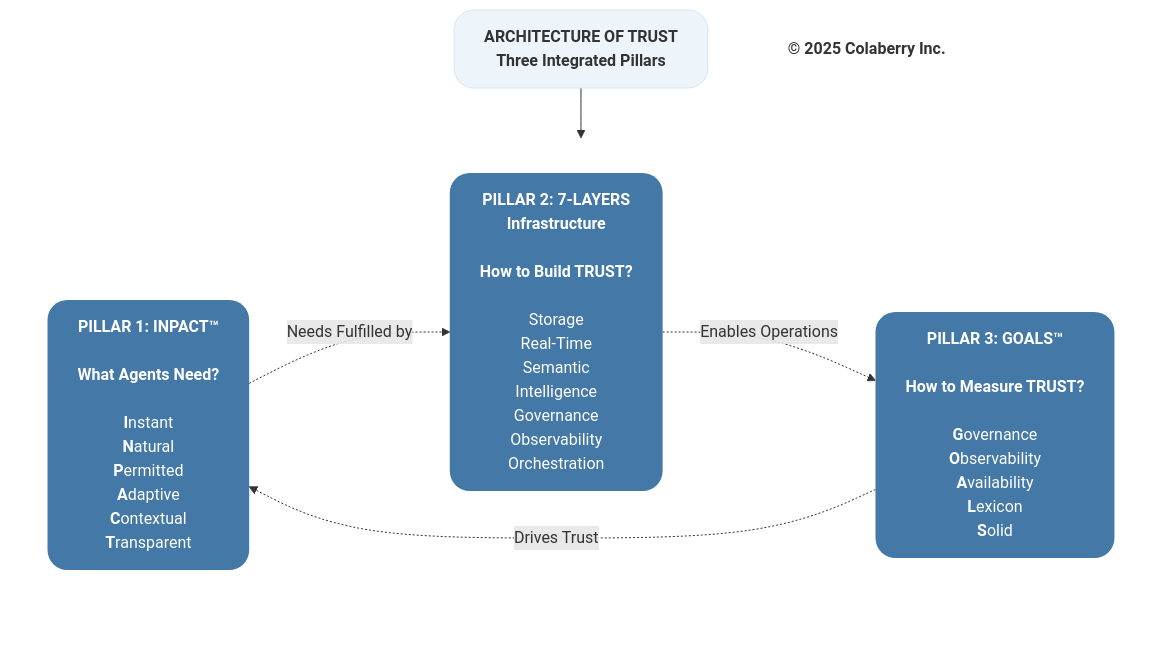
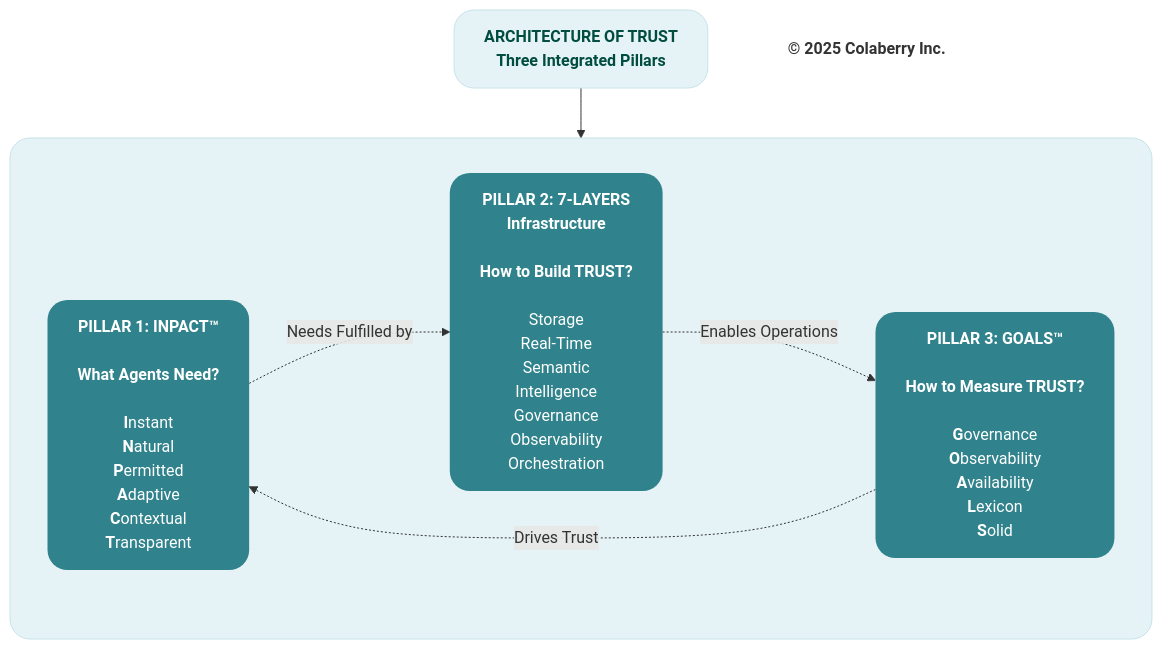
The diagram in mermaid-source/01_chapter_0_trust_before_intelligence-diagram-04.mmd (saitejesh-cyber/trust-before-intelligence-book), drawn with Mermaid before and after one commit. The commit also changed 6 other files, not shown here.

Commit message:
Fix Ram feedback on core Chapter 0-2 palette diagrams

```diff
--- a/mermaid-source/01_chapter_0_trust_before_intelligence-diagram-04.mmd
+++ b/mermaid-source/01_chapter_0_trust_before_intelligence-diagram-04.mmd
@@ -1,27 +1,27 @@
 
 graph TB
     Title["<b>ARCHITECTURE OF TRUST</b><br/><b>Three Integrated Pillars</b>"]
     
     subgraph PILLARS[" "]
         direction LR
         INPACT["<b>PILLAR 1: INPACT™</b><br/><br/><b>What Agents Need?</b><br/><br/><b>I</b>nstant<br/><b>N</b>atural<br/><b>P</b>ermitted<br/><b>A</b>daptive<br/><b>C</b>ontextual<br/><b>T</b>ransparent"]
         
         Layers["<b>PILLAR 2: 7-LAYERS</b><br/><b>Infrastructure</b><br/><br/><b>How to Build TRUST?</b><br/><br/>Storage<br/>Real-Time<br/>Semantic<br/>Intelligence<br/>Governance<br/>Observability<br/>Orchestration"]
         
         GOALS["<b>PILLAR 3: GOALS™</b><br/><br/><b>How to Measure TRUST?</b><br/><br/><b>G</b>overnance<br/><b>O</b>bservability<br/><b>A</b>vailability<br/><b>L</b>exicon<br/><b>S</b>olid"]
     end
     
     Copyright["<b>© 2025 Colaberry Inc.</b>"]
     
     Title --> PILLARS
     
     INPACT -.->|"Needs Fulfilled by"| Layers
     Layers -.->|"Enables Operations"| GOALS
     GOALS -.->|"Drives Trust"| INPACT
     
-    style Title fill:#edf4fa,stroke:#d6e4f2,stroke-width:1px,color:#333333,rx:20,ry:20
-    style PILLARS fill:none,stroke:none
-        style INPACT fill:#4478A6,stroke:none,color:#ffffff,rx:20,ry:20
-        style Layers fill:#4478A6,stroke:none,color:#ffffff,rx:20,ry:20
-        style GOALS fill:#4478A6,stroke:none,color:#ffffff,rx:20,ry:20
+    style Title fill:#e6f3f6,stroke:#c7e3ea,stroke-width:1px,color:#004d40,rx:20,ry:20
+    style PILLARS fill:#e6f3f6,stroke:#c7e3ea,stroke-width:1px,color:#004d40,rx:20,ry:20
+        style INPACT fill:#30838C,stroke:none,color:#ffffff,rx:20,ry:20
+        style Layers fill:#30838C,stroke:none,color:#ffffff,rx:20,ry:20
+        style GOALS fill:#30838C,stroke:none,color:#ffffff,rx:20,ry:20
     style Copyright fill:none,stroke:none,color:#333333
```
